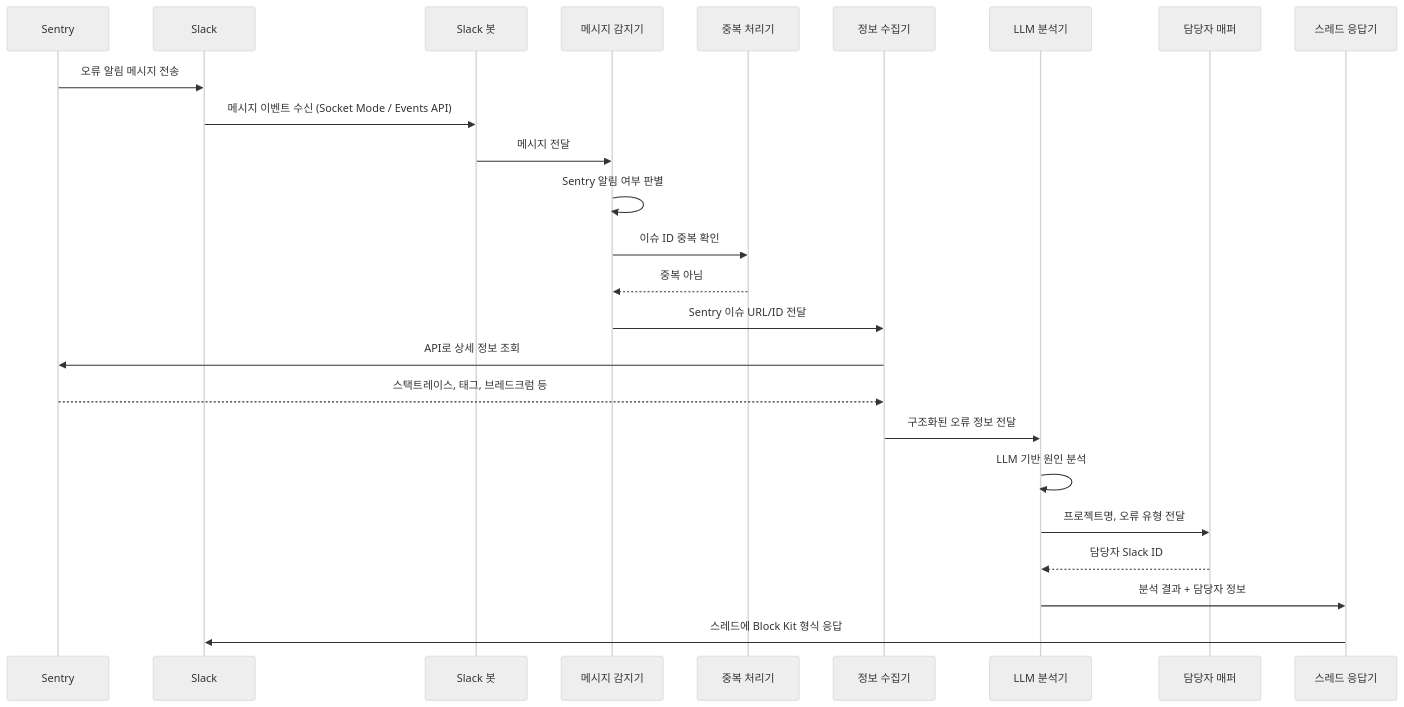
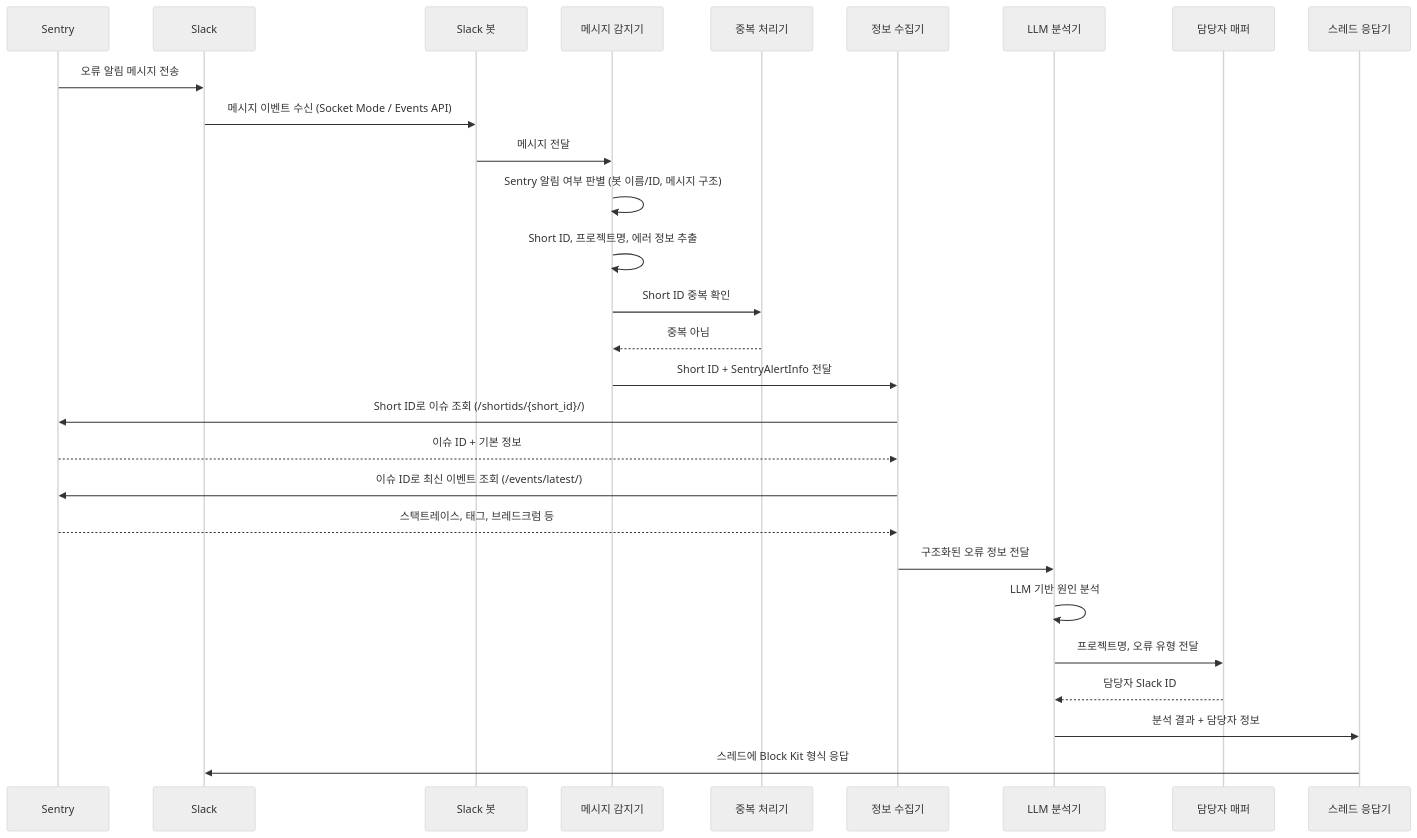
The first of 2 diagrams in 포스타입/.kiro/specs/sentry-slack-auto-analysis/design.md (platypus97/kirothon-1), drawn with Mermaid (neutral theme) before and after one commit. The commit also changed other lines of this file, not shown here.

Commit message:
docs: Sentry-Slack 자동 분석 시스템 요구사항 및 설계 문서 작성

````diff
--- a/포스타입/.kiro/specs/sentry-slack-auto-analysis/design.md
+++ b/포스타입/.kiro/specs/sentry-slack-auto-analysis/design.md
@@ -9,28 +9,31 @@
 ```mermaid
 sequenceDiagram
     participant Sentry
     participant Slack
     participant Bot as Slack 봇
     participant Detector as 메시지 감지기
     participant Dedup as 중복 처리기
     participant Collector as 정보 수집기
     participant Analyzer as LLM 분석기
     participant Mapper as 담당자 매퍼
     participant Responder as 스레드 응답기
 
     Sentry->>Slack: 오류 알림 메시지 전송
     Slack->>Bot: 메시지 이벤트 수신 (Socket Mode / Events API)
     Bot->>Detector: 메시지 전달
-    Detector->>Detector: Sentry 알림 여부 판별
-    Detector->>Dedup: 이슈 ID 중복 확인
+    Detector->>Detector: Sentry 알림 여부 판별 (봇 이름/ID, 메시지 구조)
+    Detector->>Detector: Short ID, 프로젝트명, 에러 정보 추출
+    Detector->>Dedup: Short ID 중복 확인
     Dedup-->>Detector: 중복 아님
-    Detector->>Collector: Sentry 이슈 URL/ID 전달
-    Collector->>Sentry: API로 상세 정보 조회
+    Detector->>Collector: Short ID + SentryAlertInfo 전달
+    Collector->>Sentry: Short ID로 이슈 조회 (/shortids/{short_id}/)
+    Sentry-->>Collector: 이슈 ID + 기본 정보
+    Collector->>Sentry: 이슈 ID로 최신 이벤트 조회 (/events/latest/)
     Sentry-->>Collector: 스택트레이스, 태그, 브레드크럼 등
     Collector->>Analyzer: 구조화된 오류 정보 전달
     Analyzer->>Analyzer: LLM 기반 원인 분석
     Analyzer->>Mapper: 프로젝트명, 오류 유형 전달
     Mapper-->>Analyzer: 담당자 Slack ID
     Analyzer->>Responder: 분석 결과 + 담당자 정보
     Responder->>Slack: 스레드에 Block Kit 형식 응답
 ```
````
